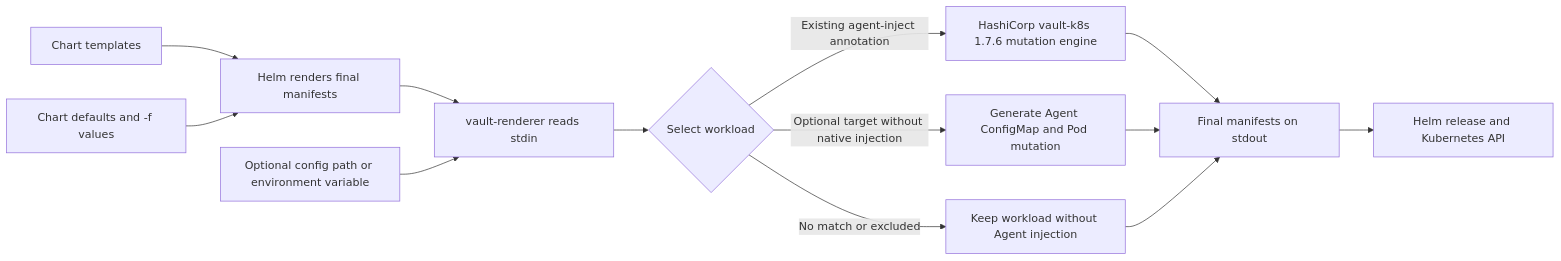
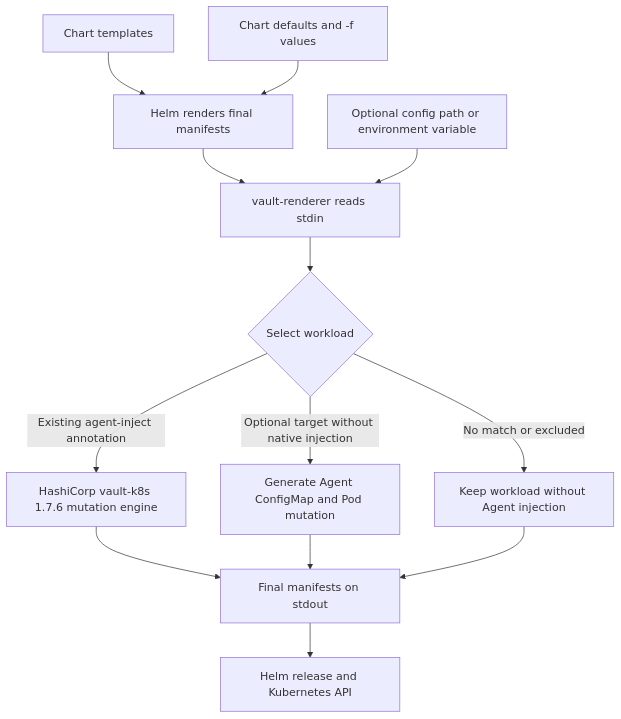
The first of 2 diagrams in ARCHITECTURE.md (DadiAnas/vault-renderer), drawn with Mermaid before and after one commit.

Commit message:
docs: make architecture flow readable on GitHub

````diff
--- a/ARCHITECTURE.md
+++ b/ARCHITECTURE.md
@@ -7,15 +7,15 @@
 ```mermaid
-flowchart LR
+flowchart TD
     chart[Chart templates] --> helm[Helm renders final manifests]
     values[Chart defaults and -f values] --> helm
     helm --> renderer[vault-renderer reads stdin]
     config[Optional config path or environment variable] --> renderer
     renderer --> select{Select workload}
     select -->|Existing agent-inject annotation| native[HashiCorp vault-k8s 1.7.6 mutation engine]
     select -->|Optional target without native injection| legacy[Generate Agent ConfigMap and Pod mutation]
     select -->|No match or excluded| original[Keep workload without Agent injection]
     native --> output[Final manifests on stdout]
     legacy --> output
     original --> output
     output --> release[Helm release and Kubernetes API]
 ```
````
